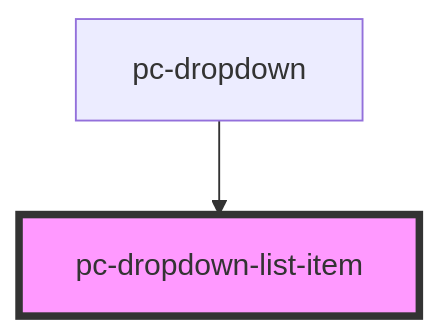
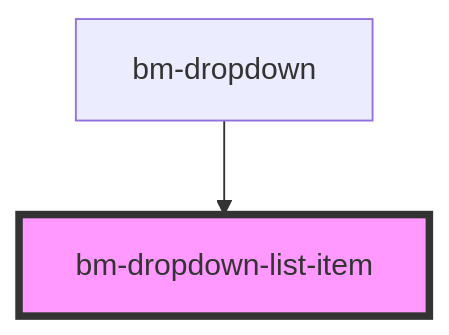
One commit to bettermusic/studio changed the diagram in packages/ui/src/components/dropdown-list-item/readme.md. Above: the diagram before and after it, drawn with Mermaid. The commit also changed other lines of this file and 38 other files, not shown here.

````diff
--- a/packages/ui/src/components/dropdown-list-item/readme.md
+++ b/packages/ui/src/components/dropdown-list-item/readme.md
@@ -42,5 +42,5 @@
 ```mermaid
 graph TD;
-  pc-dropdown --> pc-dropdown-list-item
-  style pc-dropdown-list-item fill:#f9f,stroke:#333,stroke-width:4px
+  bm-dropdown --> bm-dropdown-list-item
+  style bm-dropdown-list-item fill:#f9f,stroke:#333,stroke-width:4px
 ```
````
